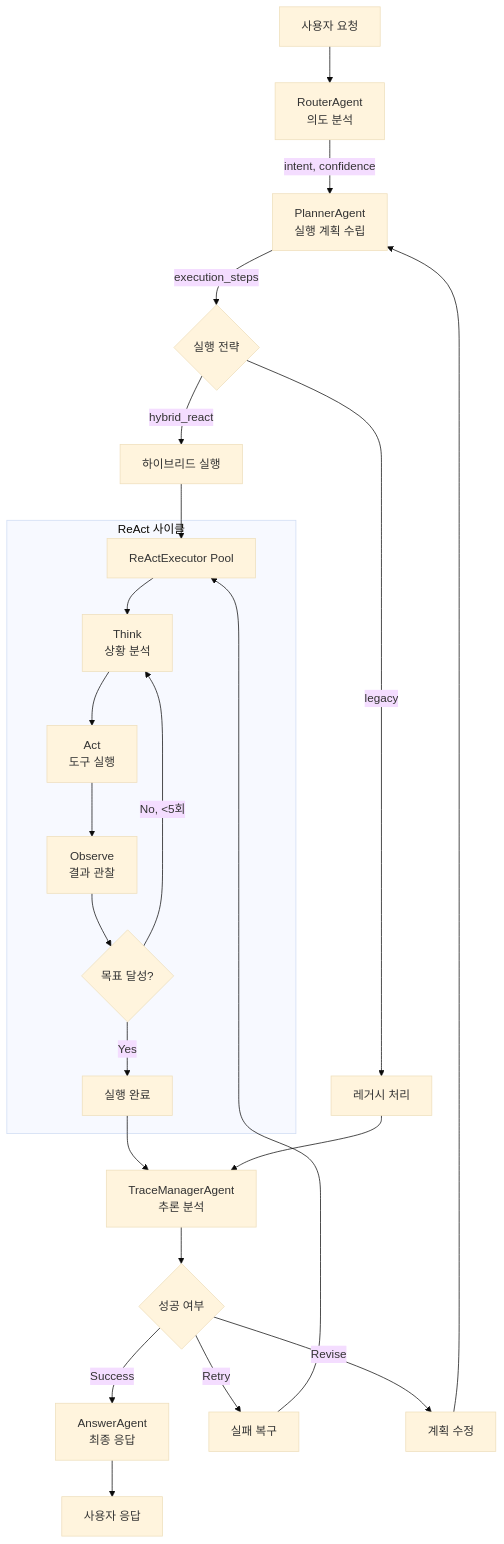
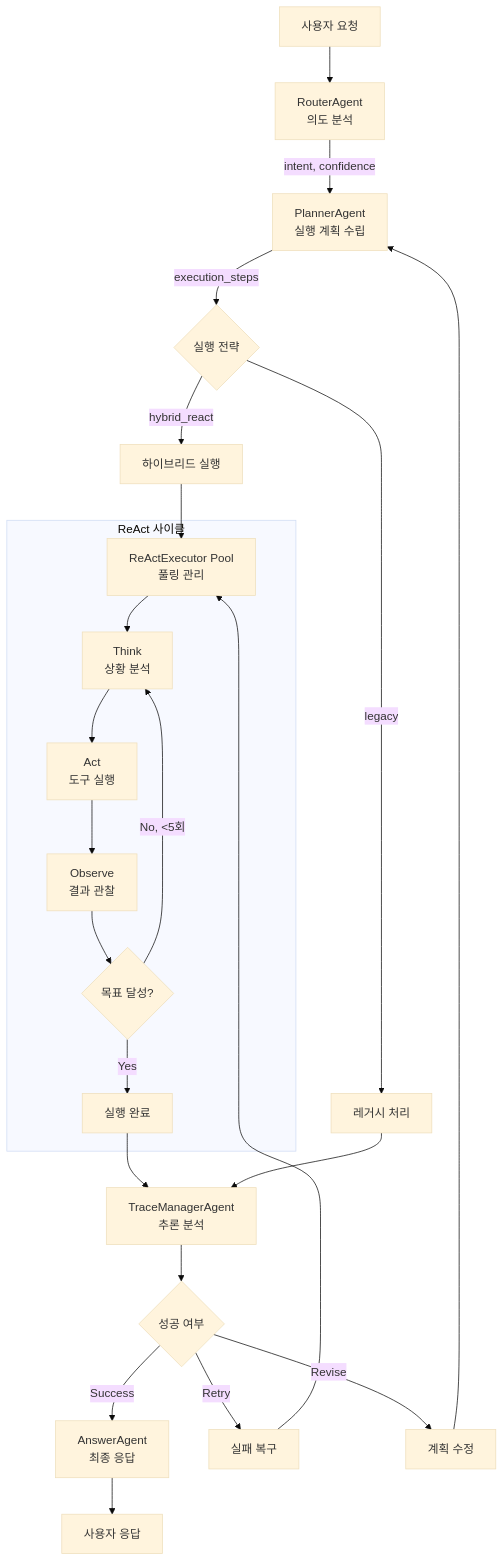
Before and after one commit to Qulip/CloudRegiX: the second of 3 diagrams in README.md, drawn with Mermaid (base theme). The commit also changed other lines of this file, not shown here.

````diff
--- a/README.md
+++ b/README.md
@@ -143,36 +161,36 @@
 ```mermaid
 flowchart TD
     Start[사용자 요청] --> Router[RouterAgent<br/>의도 분석]
 
     Router --> |intent, confidence| Planner[PlannerAgent<br/>실행 계획 수립]
 
     Planner --> |execution_steps| Strategy{실행 전략}
 
     Strategy --> |hybrid_react| Hybrid[하이브리드 실행]
     Strategy --> |legacy| Legacy[레거시 처리]
 
-    Hybrid --> Pool[ReActExecutor Pool]
+    Hybrid --> Pool[ReActExecutor Pool<br/>풀링 관리]
 
     subgraph "ReAct 사이클"
         Pool --> Think[Think<br/>상황 분석]
         Think --> Act[Act<br/>도구 실행]
         Act --> Observe[Observe<br/>결과 관찰]
         Observe --> Check{목표 달성?}
         Check -->|No, <5회| Think
         Check -->|Yes| Complete[실행 완료]
     end
 
     Complete --> Trace[TraceManagerAgent<br/>추론 분석]
     Legacy --> Trace
 
     Trace --> Assess{성공 여부}
 
     Assess -->|Success| Final[AnswerAgent<br/>최종 응답]
     Assess -->|Retry| Recovery[실패 복구]
     Assess -->|Revise| Revision[계획 수정]
 
     Recovery --> Pool
     Revision --> Planner
 
     Final --> End[사용자 응답]
 ```
````
